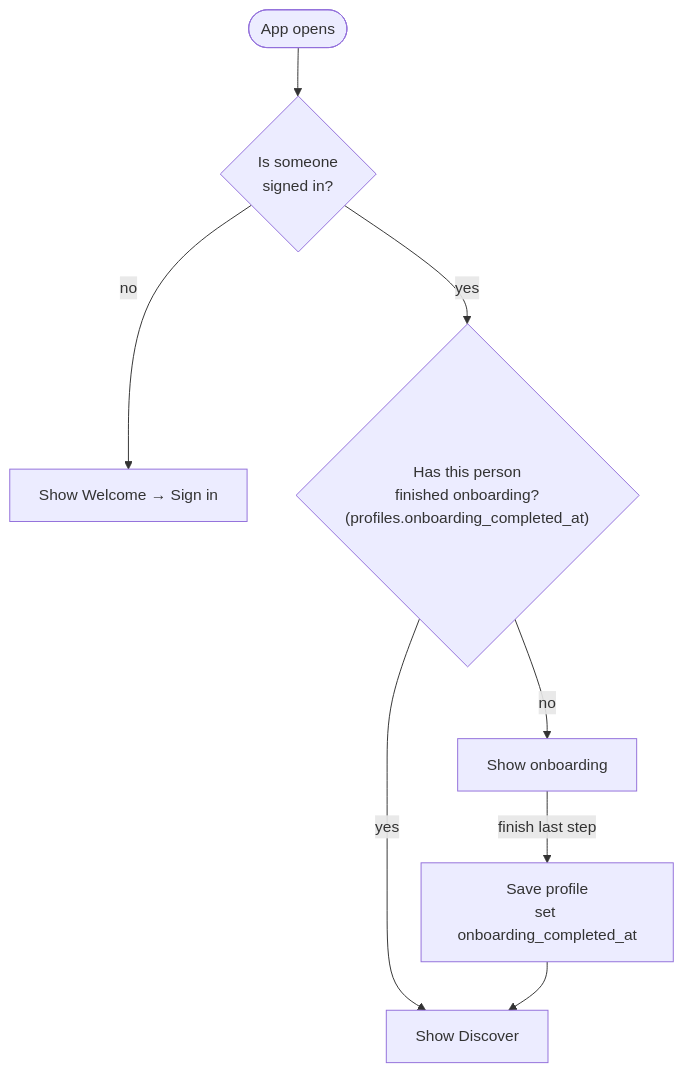
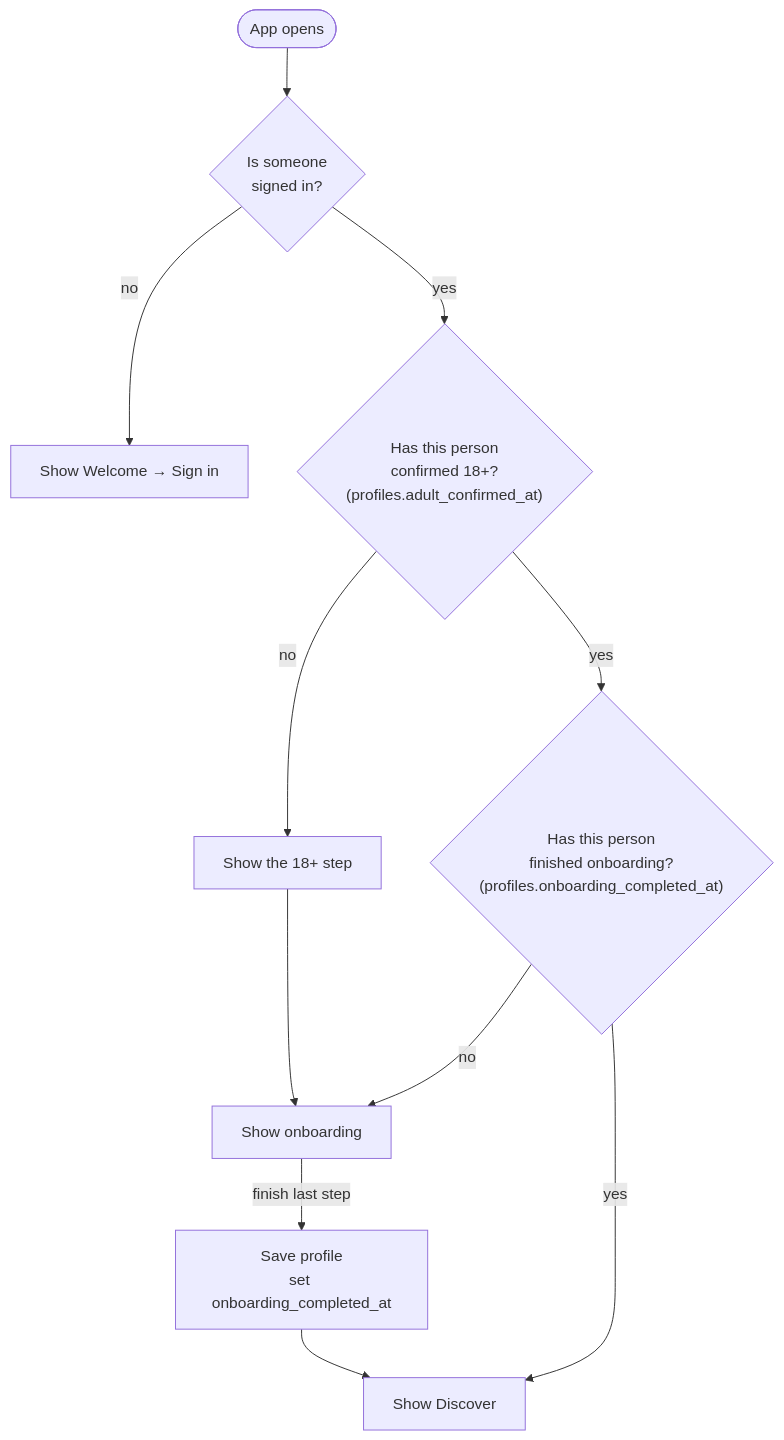
Before and after one commit to aymanlaassel/pantherplay: the fourth of 9 diagrams in docs/ARCHITECTURE.md, drawn with Mermaid. The commit also changed other lines of this file and 14 other files, not shown here.

````diff
--- a/docs/ARCHITECTURE.md
+++ b/docs/ARCHITECTURE.md
@@ -218,10 +219,13 @@
 ```mermaid
 flowchart TD
   Open(["App opens"]) --> HasSession{"Is someone<br/>signed in?"}
   HasSession -- no --> Welcome["Show Welcome → Sign in"]
-  HasSession -- yes --> Onboarded{"Has this person<br/>finished onboarding?<br/>(profiles.onboarding_completed_at)"}
+  HasSession -- yes --> Adult{"Has this person<br/>confirmed 18+?<br/>(profiles.adult_confirmed_at)"}
+  Adult -- no --> AdultStep["Show the 18+ step"]
+  AdultStep --> Onboarding
+  Adult -- yes --> Onboarded{"Has this person<br/>finished onboarding?<br/>(profiles.onboarding_completed_at)"}
   Onboarded -- no --> Onboarding["Show onboarding"]
   Onboarded -- yes --> Home["Show Discover"]
   Onboarding -- "finish last step" --> Save["Save profile<br/>set onboarding_completed_at"]
   Save --> Home
 ```
````
